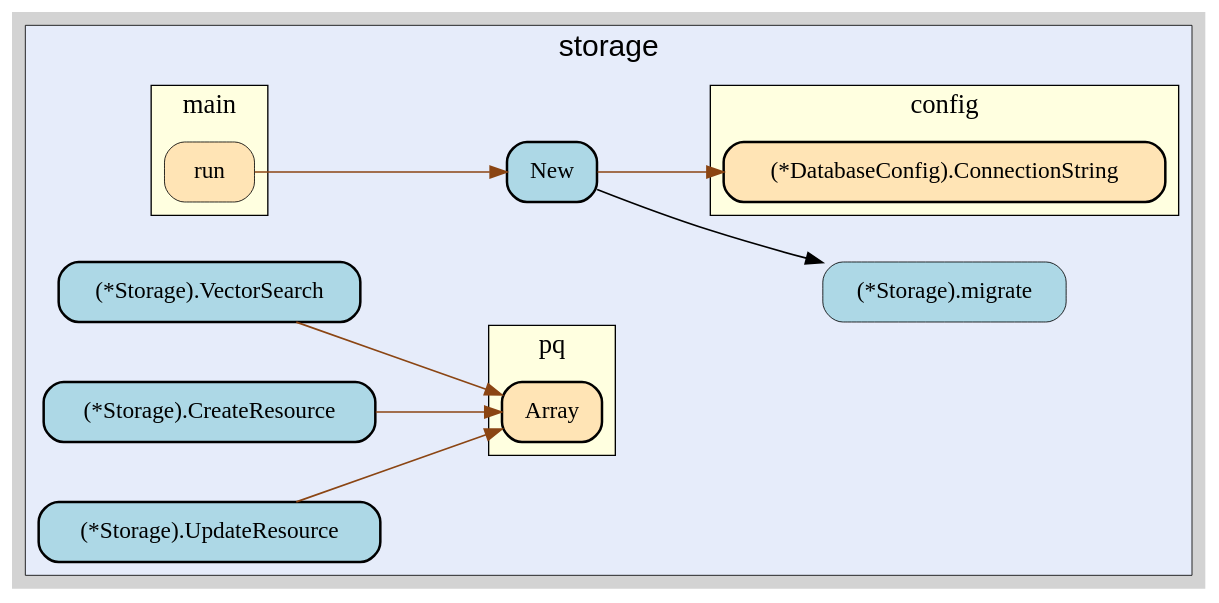
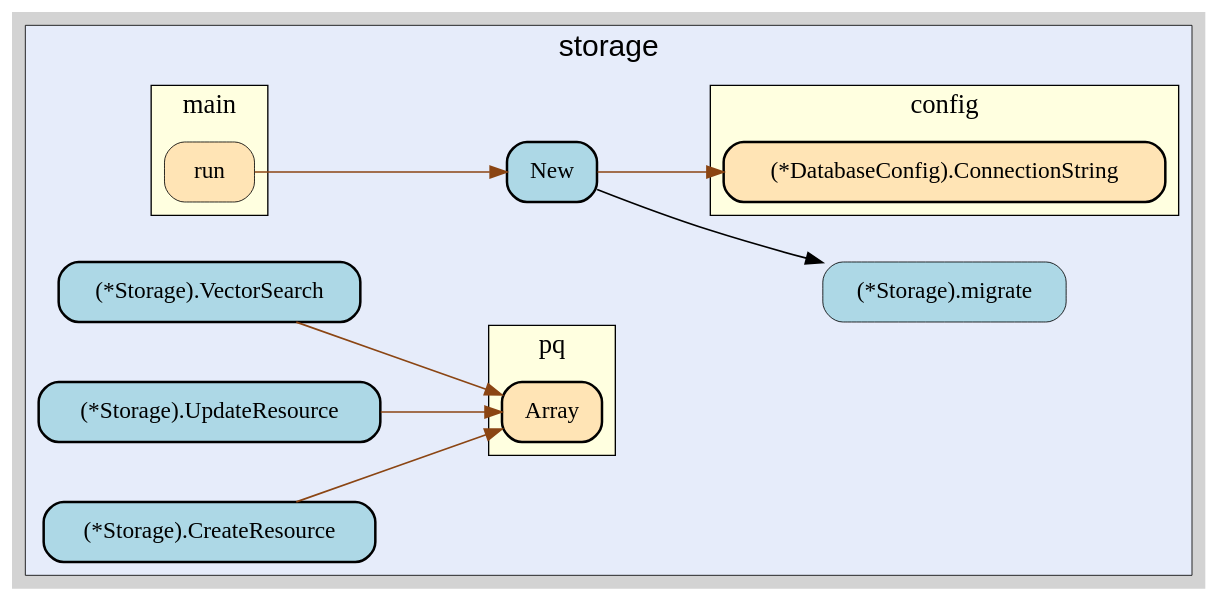
One commit to LederWorks/siros changed the diagram in docs/callgraph/storage-layer.gv. Above: the diagram before and after it, drawn with Graphviz. The commit also changed 56 other files, not shown here.

```diff
--- a/docs/callgraph/storage-layer.gv
+++ b/docs/callgraph/storage-layer.gv
@@ -1,82 +1,82 @@
 digraph gocallvis {
     label="";
     labeljust="l";
     fontname="Arial";
     fontsize="14";
     rankdir="LR";
     bgcolor="lightgray";
     style="solid";
     penwidth="0.5";
     pad="0.0";
     nodesep="0.5";
 
     node [shape="box" style="filled,rounded" fillcolor="honeydew" fontname="Verdana" penwidth="1.0" margin="0.16,0.0"];
     edge [minlen="2"]
 
     subgraph "cluster_focus" {
-        bgcolor="#e6ecfa";
-label="storage";
+        label="storage";
 labelloc="t";
 labeljust="c";
 fontsize="18";
+bgcolor="#e6ecfa";
         
-        "github.com/LederWorks/siros/backend/internal/storage.New" [ tooltip="github.com/LederWorks/siros/backend/internal/storage.New | defined in storage.go:24\nat storage.go:25: calling [(*github.com/LederWorks/siros/backend/internal/config.DatabaseConfig).ConnectionString]\nat storage.go:46: calling [(*github.com/LederWorks/siros/backend/internal/storage.Storage).migrate]" fillcolor="lightblue" label="New" penwidth="1.5" ]
-        "(*github.com/LederWorks/siros/backend/internal/storage.Storage).migrate" [ penwidth="0.5" tooltip="(*github.com/LederWorks/siros/backend/internal/storage.Storage).migrate | defined in storage.go:59" fillcolor="lightblue" label="(*Storage).migrate" ]
+        "github.com/LederWorks/siros/backend/internal/storage.New" [ penwidth="1.5" tooltip="github.com/LederWorks/siros/backend/internal/storage.New | defined in storage.go:24\nat storage.go:25: calling [(*github.com/LederWorks/siros/backend/internal/config.DatabaseConfig).ConnectionString]\nat storage.go:46: calling [(*github.com/LederWorks/siros/backend/internal/storage.Storage).migrate]" fillcolor="lightblue" label="New" ]
+        "(*github.com/LederWorks/siros/backend/internal/storage.Storage).migrate" [ fillcolor="lightblue" label="(*Storage).migrate" penwidth="0.5" tooltip="(*github.com/LederWorks/siros/backend/internal/storage.Storage).migrate | defined in storage.go:59" ]
         "(*github.com/LederWorks/siros/backend/internal/storage.Storage).VectorSearch" [ penwidth="1.5" tooltip="(*github.com/LederWorks/siros/backend/internal/storage.Storage).VectorSearch | defined in storage.go:325\nat storage.go:335: calling [github.com/lib/pq.Array]" fillcolor="lightblue" label="(*Storage).VectorSearch" ]
-        "(*github.com/LederWorks/siros/backend/internal/storage.Storage).CreateResource" [ label="(*Storage).CreateResource" penwidth="1.5" tooltip="(*github.com/LederWorks/siros/backend/internal/storage.Storage).CreateResource | defined in storage.go:133\nat storage.go:155: calling [github.com/lib/pq.Array]\nat storage.go:155: calling [github.com/lib/pq.Array]" fillcolor="lightblue" ]
         "(*github.com/LederWorks/siros/backend/internal/storage.Storage).UpdateResource" [ fillcolor="lightblue" label="(*Storage).UpdateResource" penwidth="1.5" tooltip="(*github.com/LederWorks/siros/backend/internal/storage.Storage).UpdateResource | defined in storage.go:209\nat storage.go:234: calling [github.com/lib/pq.Array]\nat storage.go:234: calling [github.com/lib/pq.Array]" ]
+        "(*github.com/LederWorks/siros/backend/internal/storage.Storage).CreateResource" [ penwidth="1.5" tooltip="(*github.com/LederWorks/siros/backend/internal/storage.Storage).CreateResource | defined in storage.go:133\nat storage.go:155: calling [github.com/lib/pq.Array]\nat storage.go:155: calling [github.com/lib/pq.Array]" fillcolor="lightblue" label="(*Storage).CreateResource" ]
         
         subgraph "cluster_github.com/LederWorks/siros/backend/cmd/siros-server" {
-        fontsize="16";
-fillcolor="lightyellow";
+        fillcolor="lightyellow";
+fontname="Tahoma bold";
+URL="/?f=github.com/LederWorks/siros/backend/cmd/siros-server";
+tooltip="package: github.com/LederWorks/siros/backend/cmd/siros-server";
+penwidth="0.8";
+fontsize="16";
 rank="sink";
 label="main";
-URL="/?f=github.com/LederWorks/siros/backend/cmd/siros-server";
-penwidth="0.8";
 style="filled";
-fontname="Tahoma bold";
-tooltip="package: github.com/LederWorks/siros/backend/cmd/siros-server";
         
-        "github.com/LederWorks/siros/backend/cmd/siros-server.run" [ tooltip="github.com/LederWorks/siros/backend/cmd/siros-server.run | defined in main.go:47\nat main.go:72: calling [github.com/LederWorks/siros/backend/internal/storage.New]" fillcolor="moccasin" label="run" penwidth="0.5" ]
+        "github.com/LederWorks/siros/backend/cmd/siros-server.run" [ fillcolor="moccasin" label="run" penwidth="0.5" tooltip="github.com/LederWorks/siros/backend/cmd/siros-server.run | defined in main.go:47\nat main.go:72: calling [github.com/LederWorks/siros/backend/internal/storage.New]" ]
         
     }
 
         subgraph "cluster_github.com/LederWorks/siros/backend/internal/config" {
         fontsize="16";
 style="filled";
 fillcolor="lightyellow";
 fontname="Tahoma bold";
+rank="sink";
 label="config";
+URL="/?f=github.com/LederWorks/siros/backend/internal/config";
+penwidth="0.8";
 tooltip="package: github.com/LederWorks/siros/backend/internal/config";
-penwidth="0.8";
-rank="sink";
-URL="/?f=github.com/LederWorks/siros/backend/internal/config";
         
-        "(*github.com/LederWorks/siros/backend/internal/config.DatabaseConfig).ConnectionString" [ fillcolor="moccasin" label="(*DatabaseConfig).ConnectionString" penwidth="1.5" tooltip="(*github.com/LederWorks/siros/backend/internal/config.DatabaseConfig).ConnectionString | defined in config.go:163" ]
+        "(*github.com/LederWorks/siros/backend/internal/config.DatabaseConfig).ConnectionString" [ label="(*DatabaseConfig).ConnectionString" penwidth="1.5" tooltip="(*github.com/LederWorks/siros/backend/internal/config.DatabaseConfig).ConnectionString | defined in config.go:228" fillcolor="moccasin" ]
         
     }
 
         subgraph "cluster_github.com/lib/pq" {
-        penwidth="0.8";
+        fontname="Tahoma bold";
+label="pq";
+tooltip="package: github.com/lib/pq";
+fillcolor="lightyellow";
+rank="sink";
+URL="/?f=github.com/lib/pq";
+penwidth="0.8";
 fontsize="16";
 style="filled";
-fontname="Tahoma bold";
-URL="/?f=github.com/lib/pq";
-fillcolor="lightyellow";
-rank="sink";
-label="pq";
-tooltip="package: github.com/lib/pq";
         
-        "github.com/lib/pq.Array" [ fillcolor="moccasin" label="Array" penwidth="1.5" tooltip="github.com/lib/pq.Array | defined in array.go:29" ]
+        "github.com/lib/pq.Array" [ penwidth="1.5" tooltip="github.com/lib/pq.Array | defined in array.go:29" fillcolor="moccasin" label="Array" ]
         
     }
 
     }
 
-    "github.com/LederWorks/siros/backend/internal/storage.New" -> "(*github.com/LederWorks/siros/backend/internal/config.DatabaseConfig).ConnectionString" [ color="saddlebrown" tooltip="at storage.go:25: calling [(*github.com/LederWorks/siros/backend/internal/config.DatabaseConfig).ConnectionString]" ]
+    "github.com/LederWorks/siros/backend/internal/storage.New" -> "(*github.com/LederWorks/siros/backend/internal/config.DatabaseConfig).ConnectionString" [ tooltip="at storage.go:25: calling [(*github.com/LederWorks/siros/backend/internal/config.DatabaseConfig).ConnectionString]" color="saddlebrown" ]
     "github.com/LederWorks/siros/backend/internal/storage.New" -> "(*github.com/LederWorks/siros/backend/internal/storage.Storage).migrate" [ tooltip="at storage.go:46: calling [(*github.com/LederWorks/siros/backend/internal/storage.Storage).migrate]" ]
     "github.com/LederWorks/siros/backend/cmd/siros-server.run" -> "github.com/LederWorks/siros/backend/internal/storage.New" [ color="saddlebrown" tooltip="at main.go:72: calling [github.com/LederWorks/siros/backend/internal/storage.New]" ]
     "(*github.com/LederWorks/siros/backend/internal/storage.Storage).VectorSearch" -> "github.com/lib/pq.Array" [ color="saddlebrown" tooltip="at storage.go:335: calling [github.com/lib/pq.Array]" ]
-    "(*github.com/LederWorks/siros/backend/internal/storage.Storage).CreateResource" -> "github.com/lib/pq.Array" [ tooltip="at storage.go:155: calling [github.com/lib/pq.Array]\nat storage.go:155: calling [github.com/lib/pq.Array]" color="saddlebrown" ]
-    "(*github.com/LederWorks/siros/backend/internal/storage.Storage).UpdateResource" -> "github.com/lib/pq.Array" [ color="saddlebrown" tooltip="at storage.go:234: calling [github.com/lib/pq.Array]\nat storage.go:234: calling [github.com/lib/pq.Array]" ]
+    "(*github.com/LederWorks/siros/backend/internal/storage.Storage).UpdateResource" -> "github.com/lib/pq.Array" [ tooltip="at storage.go:234: calling [github.com/lib/pq.Array]\nat storage.go:234: calling [github.com/lib/pq.Array]" color="saddlebrown" ]
+    "(*github.com/LederWorks/siros/backend/internal/storage.Storage).CreateResource" -> "github.com/lib/pq.Array" [ color="saddlebrown" tooltip="at storage.go:155: calling [github.com/lib/pq.Array]\nat storage.go:155: calling [github.com/lib/pq.Array]" ]
 }
```
